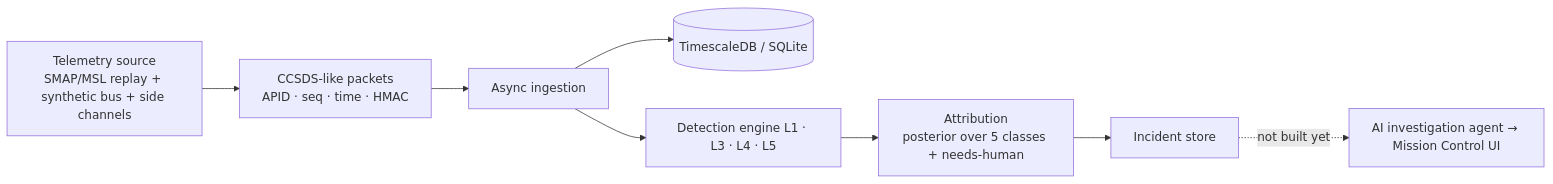
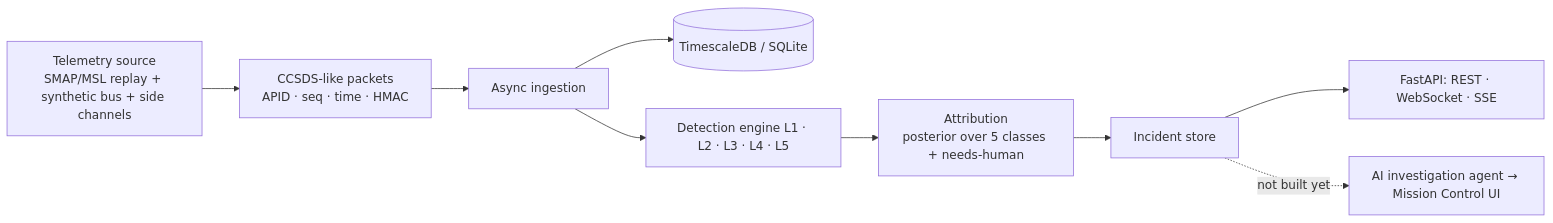
Before and after one commit to Kaushik2210/ORBITAL-SENTINEL: the diagram in README.md, drawn with Mermaid. The commit also changed other lines of this file and 17 other files, not shown here.

First line of the commit message:
feat(api): FastAPI service with sessions, incidents, WebSocket and SSE

````diff
--- a/README.md
+++ b/README.md
@@ -74,10 +75,11 @@
 ```mermaid
 flowchart LR
   A[Telemetry source<br/>SMAP/MSL replay + synthetic bus + side channels] --> B[CCSDS-like packets<br/>APID · seq · time · HMAC]
   B --> C[Async ingestion]
   C --> D[(TimescaleDB / SQLite)]
-  C --> E[Detection engine L1 · L3 · L4 · L5]
+  C --> E[Detection engine L1 · L2 · L3 · L4 · L5]
   E --> F[Attribution<br/>posterior over 5 classes + needs-human]
   F --> G[Incident store]
+  G --> I[FastAPI: REST · WebSocket · SSE]
   G -.->|not built yet| H[AI investigation agent → Mission Control UI]
 ```
````
